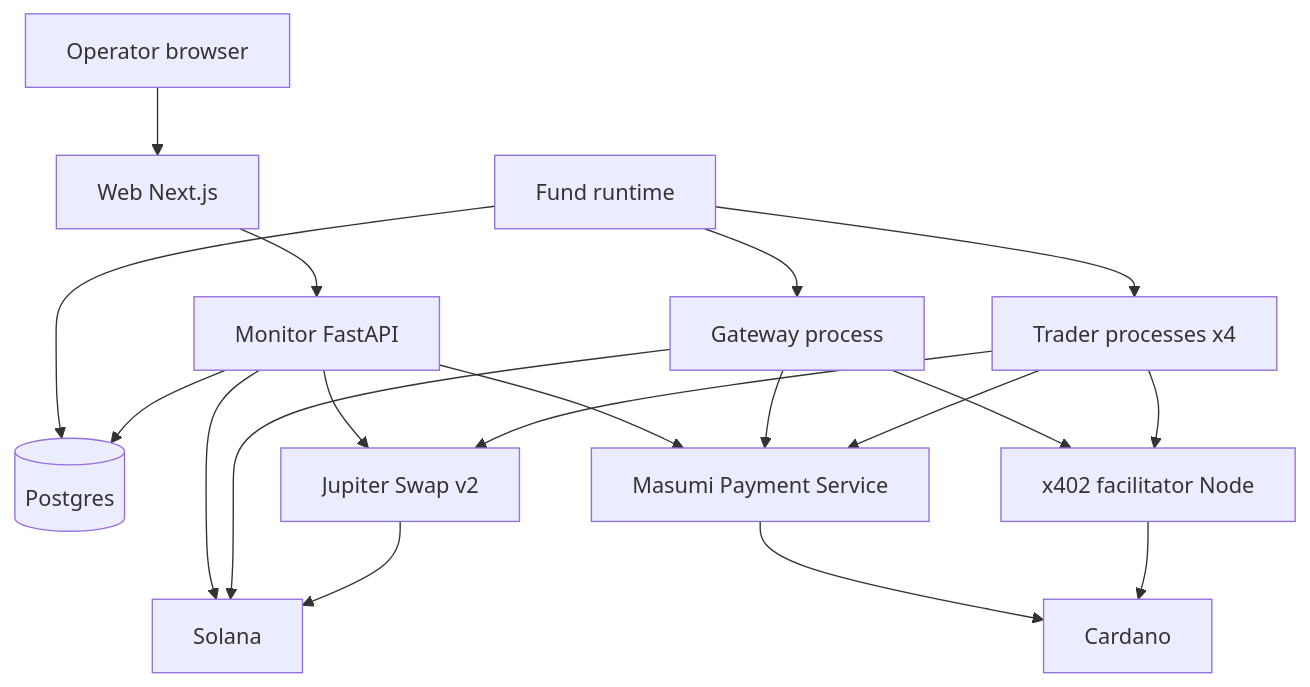
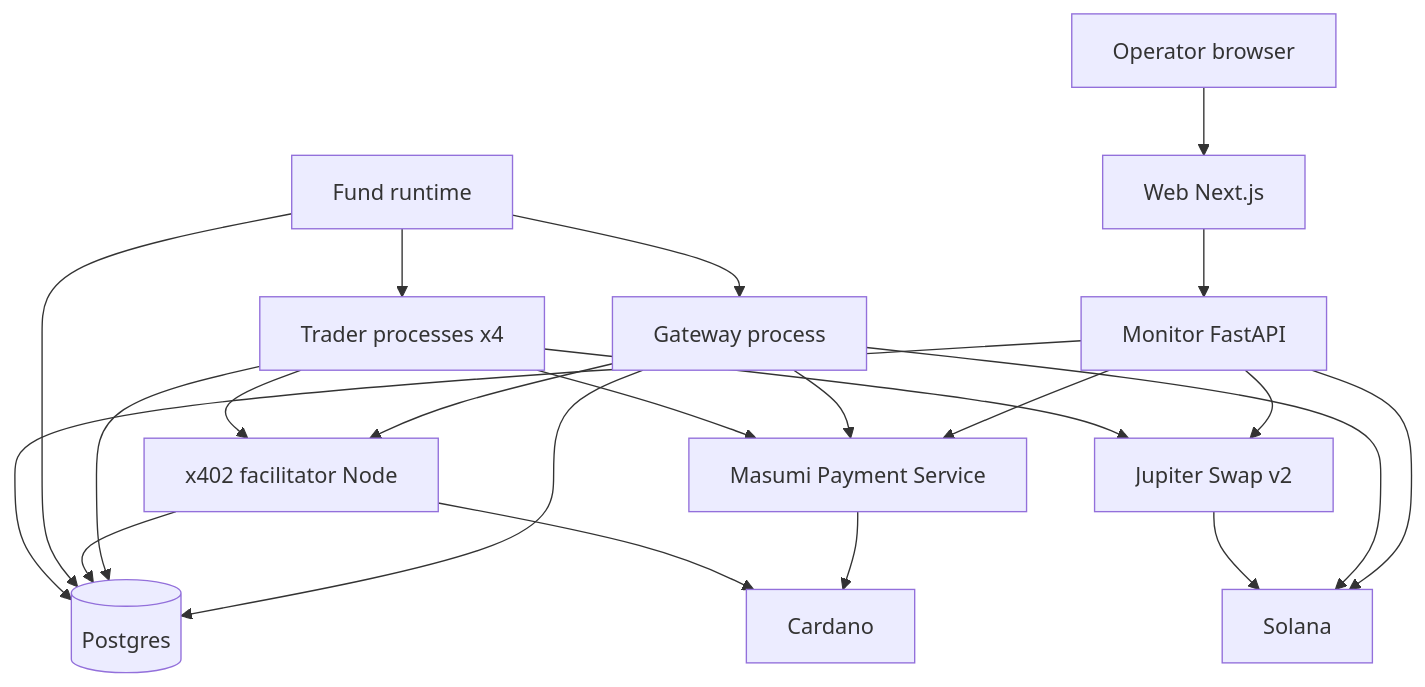
The first of 2 diagrams in docs/ARCHITECTURE.md (littlewhywhat/hedge-agents), drawn with Mermaid before and after one commit. The commit also changed other lines of this file and 90 other files, not shown here.

````diff
--- a/docs/ARCHITECTURE.md
+++ b/docs/ARCHITECTURE.md
@@ -32,34 +32,37 @@
 ```mermaid
 flowchart TB
   operator[Operator browser]
   web[Web Next.js]
   monitor[Monitor FastAPI]
   db[(Postgres)]
   runtime[Fund runtime]
   traders[Trader processes x4]
   gateway[Gateway process]
   facilitator[x402 facilitator Node]
   paysvc[Masumi Payment Service]
   cardano[Cardano]
   solana[Solana]
   jupiter[Jupiter Swap v2]
 
   operator --> web
   web --> monitor
   monitor --> db
   runtime --> db
   runtime --> traders
   runtime --> gateway
   traders --> facilitator
   gateway --> facilitator
   traders --> paysvc
   gateway --> paysvc
   facilitator --> cardano
   paysvc --> cardano
   traders --> jupiter
   jupiter --> solana
   gateway --> solana
   monitor --> paysvc
   monitor --> solana
   monitor --> jupiter
+  facilitator --> db
+  traders --> db
+  gateway --> db
 ```
````
